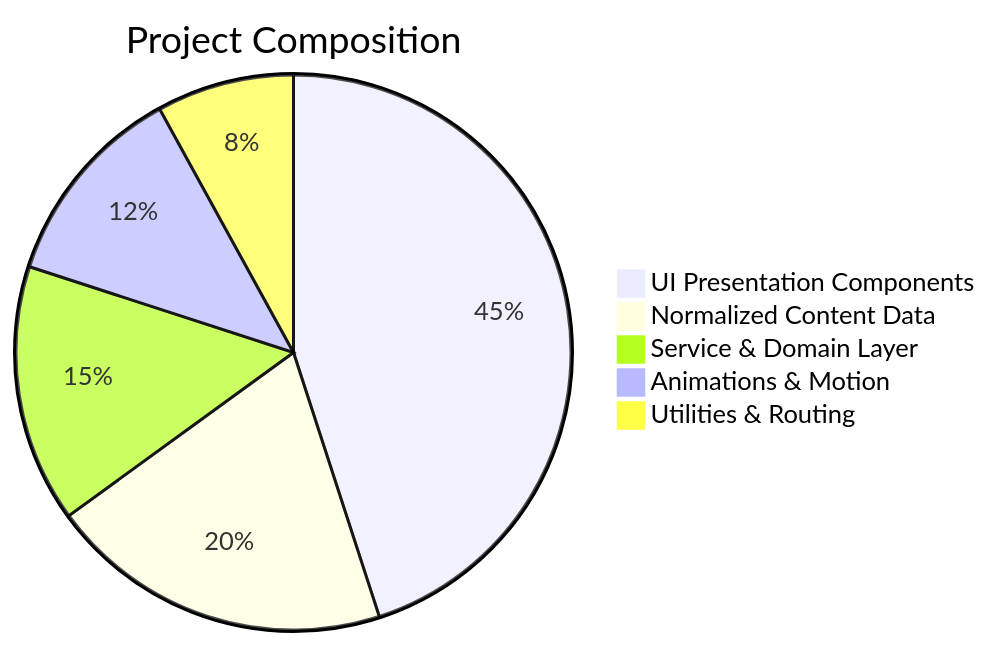
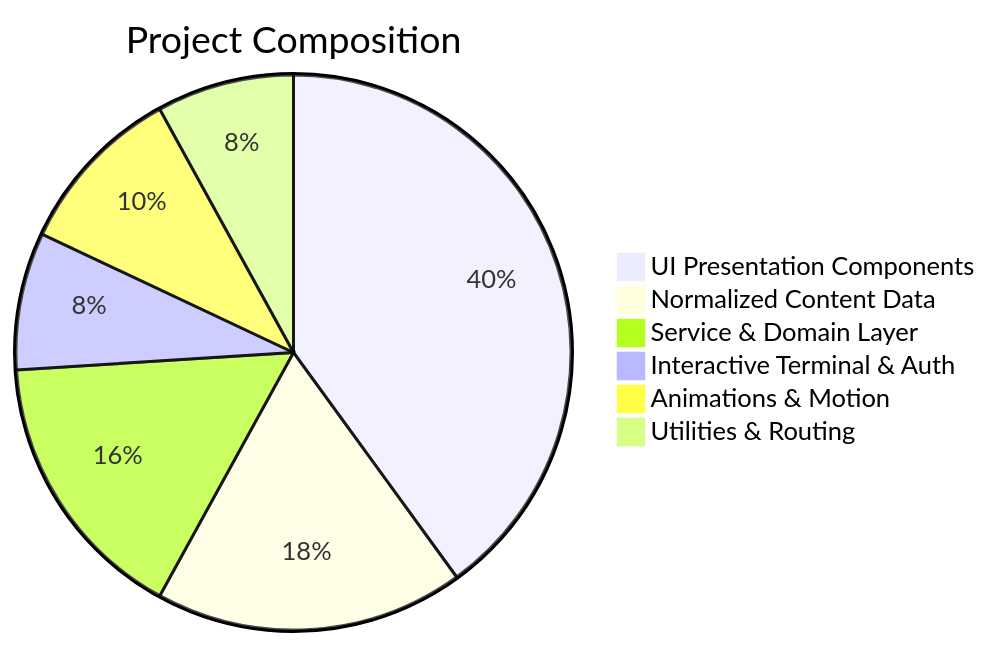
The seventh of 7 diagrams in README.md (Haiderali445/portfolio-website), drawn with Mermaid before and after one commit. The commit also changed other lines of this file and 13 other files, not shown here.

Commit message:
feat(readme): document secure command interface and dynamic data architecture

````diff
--- a/README.md
+++ b/README.md
@@ -274,9 +690,9 @@
 ```mermaid
 pie title Project Composition
-    "UI Presentation Components" : 45
-    "Normalized Content Data" : 20
-    "Service & Domain Layer" : 15
-    "Animations & Motion" : 12
+    "UI Presentation Components" : 40
+    "Normalized Content Data" : 18
+    "Service & Domain Layer" : 16
+    "Interactive Terminal & Auth" : 8
+    "Animations & Motion" : 10
     "Utilities & Routing" : 8
-
 ```
````
